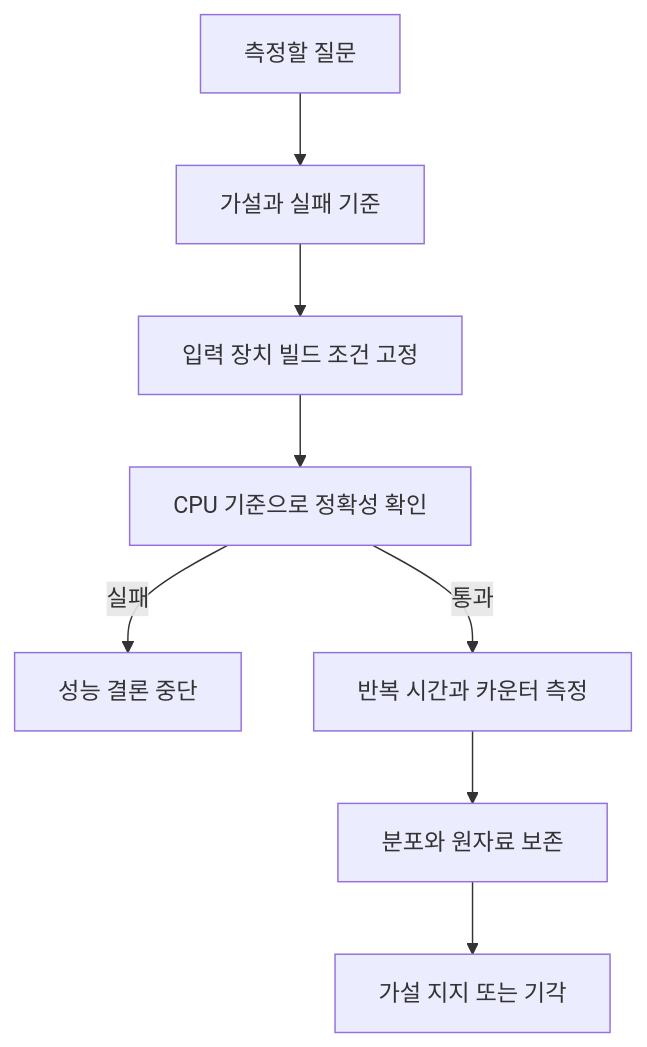
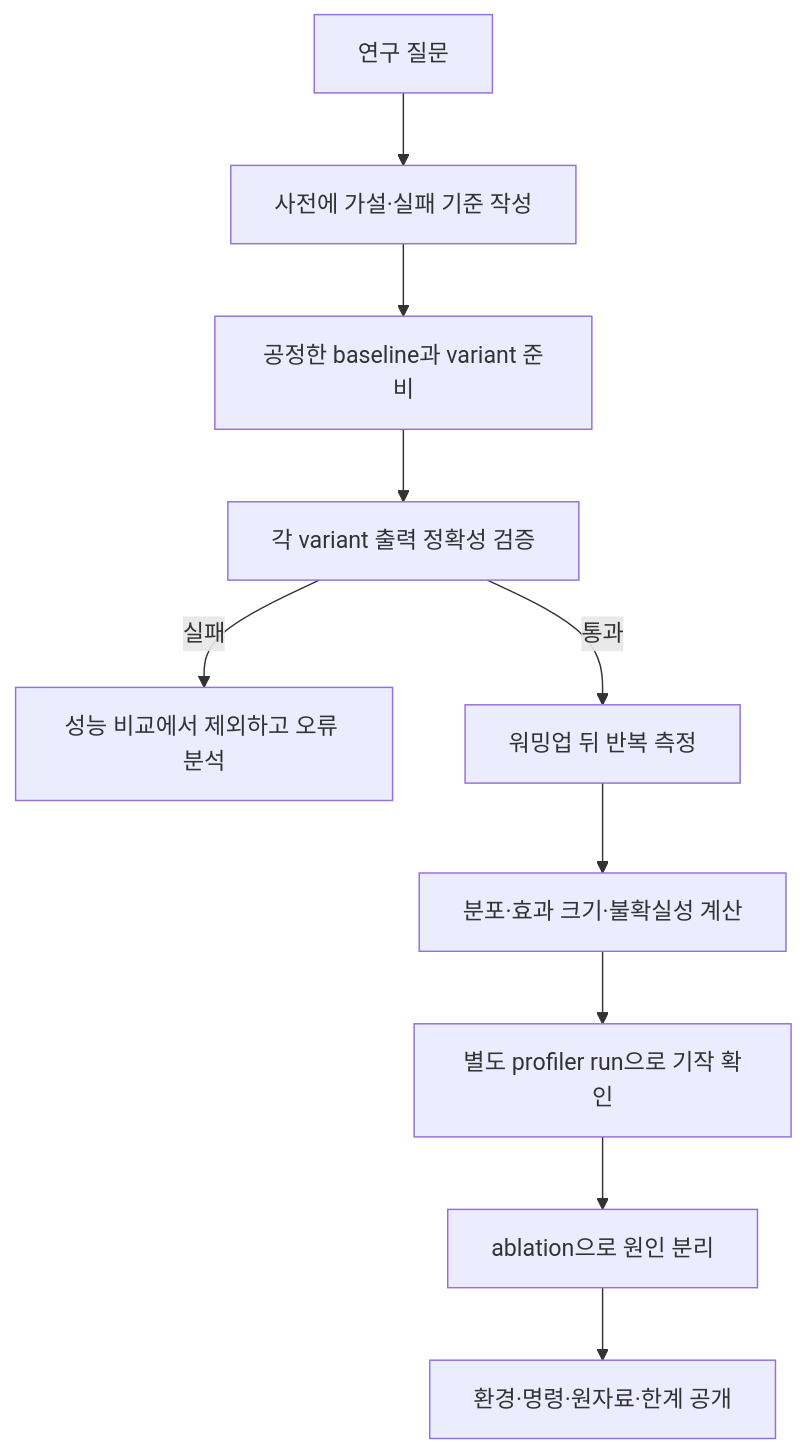
One commit to mj006648/netai-devsecops-runbook changed the diagram in learning/gpu-programming/14-experiments-and-research.md. Above: the diagram before and after it, drawn with Mermaid. The commit also changed other lines of this file and 62 other files, not shown here.

````diff
--- a/learning/gpu-programming/14-experiments-and-research.md
+++ b/learning/gpu-programming/14-experiments-and-research.md
@@ -21,10 +11,12 @@
 ```mermaid
 flowchart TD
-  Q[측정할 질문] --> H[가설과 실패 기준]
-  H --> C[입력 장치 빌드 조건 고정]
-  C --> V[CPU 기준으로 정확성 확인]
-  V -->|실패| F[성능 결론 중단]
-  V -->|통과| M[반복 시간과 카운터 측정]
-  M --> R[분포와 원자료 보존]
-  R --> E[가설 지지 또는 기각]
+  Q[연구 질문] --> H[사전에 가설·실패 기준 작성]
+  H --> B[공정한 baseline과 variant 준비]
+  B --> V[각 variant 출력 정확성 검증]
+  V -->|실패| F[성능 비교에서 제외하고 오류 분석]
+  V -->|통과| W[워밍업 뒤 반복 측정]
+  W --> S[분포·효과 크기·불확실성 계산]
+  S --> P[별도 profiler run으로 기작 확인]
+  P --> A[ablation으로 원인 분리]
+  A --> R[환경·명령·원자료·한계 공개]
 ```
````
